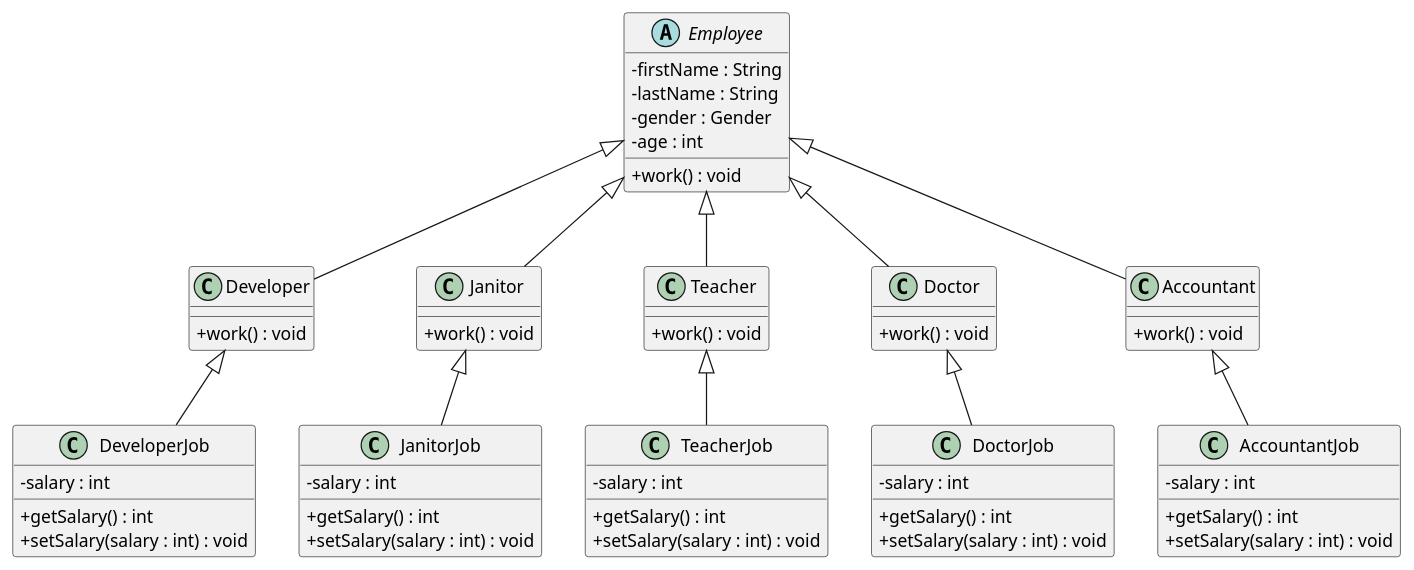
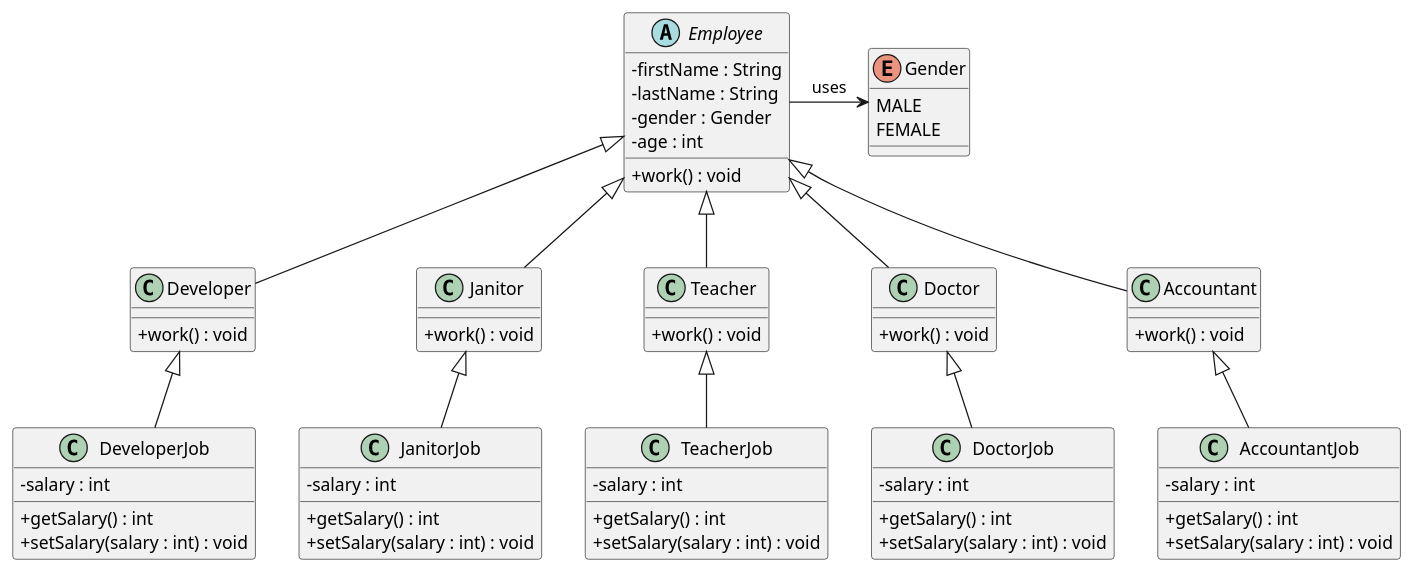
Before and after one commit to KieranOConnell/bridge: the diagram in Design.puml, drawn with PlantUML.

Commit message:
Updated UML diagram to include Gender enum

```diff
--- a/Design.puml
+++ b/Design.puml
@@ -1,72 +1,78 @@
 @startuml
 skinparam classAttributeIconSize 0
 
 abstract class Employee {
 -firstName : String
 -lastName : String
 -gender : Gender
 -age : int
 +work() : void
 }
 
 class Developer {
 +work() : void
 }
 
 class DeveloperJob {
 -salary : int
 +getSalary() : int
 +setSalary(salary : int) : void
 }
 
 class Janitor {
 +work() : void
 }
 
 class JanitorJob {
 -salary : int
 +getSalary() : int
 +setSalary(salary : int) : void
 }
 
 class Teacher {
 +work() : void
 }
 
 class TeacherJob {
 -salary : int
 +getSalary() : int
 +setSalary(salary : int) : void
 }
 
 class Doctor {
 +work() : void
 }
 
 class DoctorJob {
 -salary : int
 +getSalary() : int
 +setSalary(salary : int) : void
 }
 
 class Accountant {
 +work() : void
 }
 
 class AccountantJob {
 -salary : int
 +getSalary() : int
 +setSalary(salary : int) : void
 }
 
+enum Gender {
+MALE
+FEMALE
+}
+
 Employee <|-- Developer
 Employee <|-- Janitor
 Employee <|-- Teacher
 Employee <|-- Doctor
 Employee <|-- Accountant
 Developer <|-- DeveloperJob
 Janitor <|-- JanitorJob
 Teacher <|-- TeacherJob
 Doctor <|-- DoctorJob
 Accountant <|-- AccountantJob
+Employee -> Gender : uses
 @enduml
```
